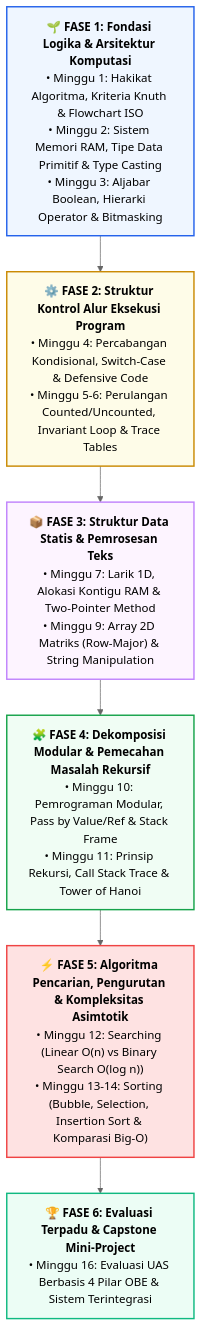
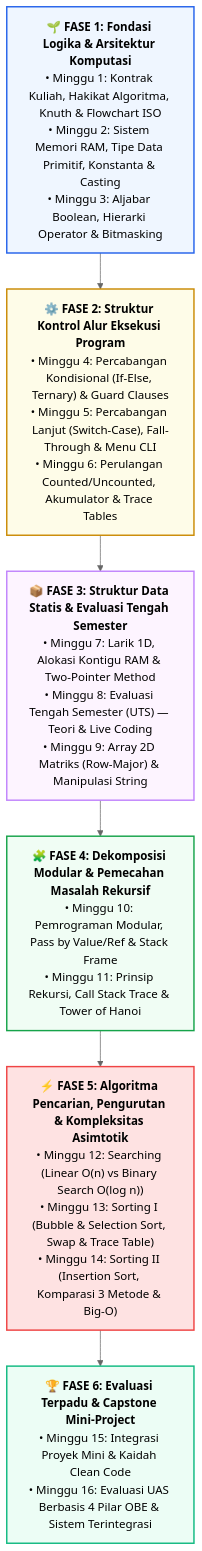
The diagram in docs/algoritma-pemrograman/index.md (mahendaruui/Perkuliahan), drawn with Mermaid (neutral theme) before and after one commit. The commit also changed other lines of this file and 39 other files, not shown here.

````diff
--- a/docs/algoritma-pemrograman/index.md
+++ b/docs/algoritma-pemrograman/index.md
@@ -31,16 +31,16 @@
 ```mermaid
 flowchart TD
-    M1["🌱 <b>FASE 1: Fondasi Logika & Arsitektur Komputasi</b><br>• Minggu 1: Hakikat Algoritma, Kriteria Knuth & Flowchart ISO<br>• Minggu 2: Sistem Memori RAM, Tipe Data Primitif & Type Casting<br>• Minggu 3: Aljabar Boolean, Hierarki Operator & Bitmasking"]
-    --> M2["⚙️ <b>FASE 2: Struktur Kontrol Alur Eksekusi Program</b><br>• Minggu 4: Percabangan Kondisional, Switch-Case & Defensive Code<br>• Minggu 5-6: Perulangan Counted/Uncounted, Invariant Loop & Trace Tables"]
-    --> M3["📦 <b>FASE 3: Struktur Data Statis & Pemrosesan Teks</b><br>• Minggu 7: Larik 1D, Alokasi Kontigu RAM & Two-Pointer Method<br>• Minggu 9: Array 2D Matriks (Row-Major) & String Manipulation"]
+    M1["🌱 <b>FASE 1: Fondasi Logika & Arsitektur Komputasi</b><br>• Minggu 1: Kontrak Kuliah, Hakikat Algoritma, Knuth & Flowchart ISO<br>• Minggu 2: Sistem Memori RAM, Tipe Data Primitif, Konstanta & Casting<br>• Minggu 3: Aljabar Boolean, Hierarki Operator & Bitmasking"]
+    --> M2["⚙️ <b>FASE 2: Struktur Kontrol Alur Eksekusi Program</b><br>• Minggu 4: Percabangan Kondisional (If-Else, Ternary) & Guard Clauses<br>• Minggu 5: Percabangan Lanjut (Switch-Case), Fall-Through & Menu CLI<br>• Minggu 6: Perulangan Counted/Uncounted, Akumulator & Trace Tables"]
+    --> M3["📦 <b>FASE 3: Struktur Data Statis & Evaluasi Tengah Semester</b><br>• Minggu 7: Larik 1D, Alokasi Kontigu RAM & Two-Pointer Method<br>• Minggu 8: Evaluasi Tengah Semester (UTS) — Teori & Live Coding<br>• Minggu 9: Array 2D Matriks (Row-Major) & Manipulasi String"]
     --> M4["🧩 <b>FASE 4: Dekomposisi Modular & Pemecahan Masalah Rekursif</b><br>• Minggu 10: Pemrograman Modular, Pass by Value/Ref & Stack Frame<br>• Minggu 11: Prinsip Rekursi, Call Stack Trace & Tower of Hanoi"]
-    --> M5["⚡ <b>FASE 5: Algoritma Pencarian, Pengurutan & Kompleksitas Asimtotik</b><br>• Minggu 12: Searching (Linear O(n) vs Binary Search O(log n))<br>• Minggu 13-14: Sorting (Bubble, Selection, Insertion Sort & Komparasi Big-O)"]
-    --> M6["🏆 <b>FASE 6: Evaluasi Terpadu & Capstone Mini-Project</b><br>• Minggu 16: Evaluasi UAS Berbasis 4 Pilar OBE & Sistem Terintegrasi"]
+    --> M5["⚡ <b>FASE 5: Algoritma Pencarian, Pengurutan & Kompleksitas Asimtotik</b><br>• Minggu 12: Searching (Linear O(n) vs Binary Search O(log n))<br>• Minggu 13: Sorting I (Bubble & Selection Sort, Swap & Trace Table)<br>• Minggu 14: Sorting II (Insertion Sort, Komparasi 3 Metode & Big-O)"]
+    --> M6["🏆 <b>FASE 6: Evaluasi Terpadu & Capstone Mini-Project</b><br>• Minggu 15: Integrasi Proyek Mini & Kaidah Clean Code<br>• Minggu 16: Evaluasi UAS Berbasis 4 Pilar OBE & Sistem Terintegrasi"]
 
     style M1 fill:#eff6ff,stroke:#2563eb,stroke-width:2px
     style M2 fill:#fefce8,stroke:#ca8a04,stroke-width:2px
     style M3 fill:#fdf4ff,stroke:#c084fc,stroke-width:2px
     style M4 fill:#f0fdf4,stroke:#16a34a,stroke-width:2px
     style M5 fill:#fee2e2,stroke:#ef4444,stroke-width:2px
     style M6 fill:#ecfdf5,stroke:#10b981,stroke-width:2px
 ```
````
